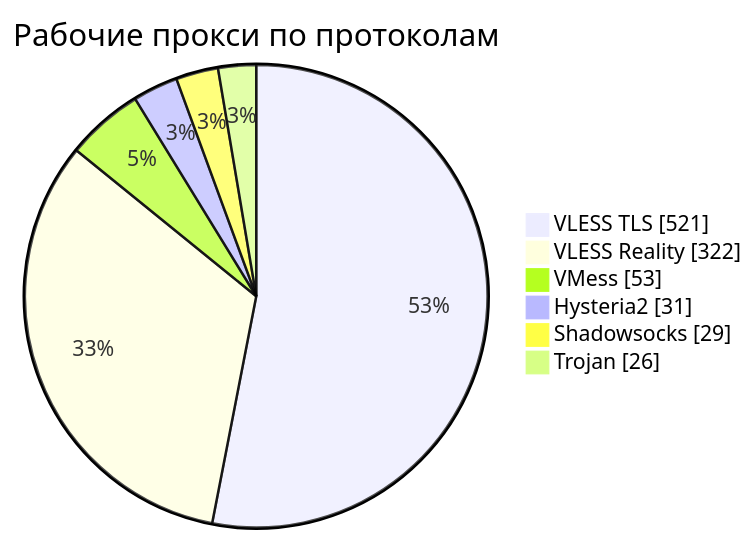
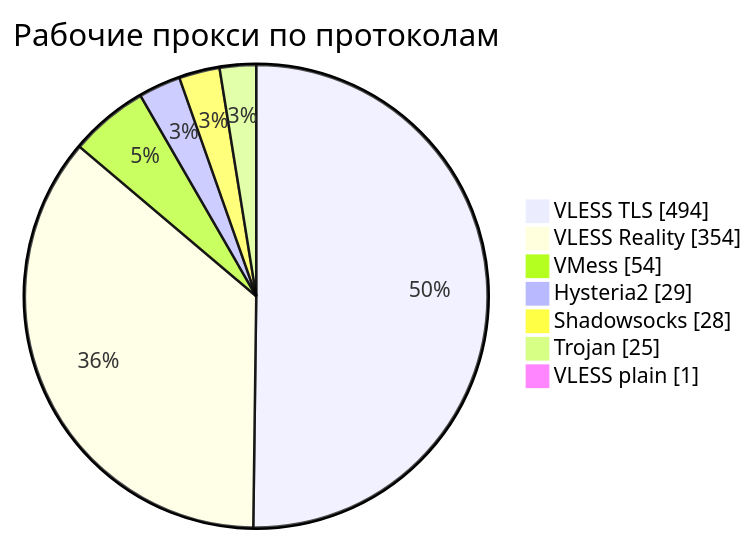
One commit to rvvg/proxy-subs changed the third of 4 diagrams in README.md. Above: the diagram before and after it, drawn with Mermaid. The commit also changed other lines of this file and 49 other files, not shown here.

````diff
--- a/README.md
+++ b/README.md
@@ -138,10 +136,11 @@
 ```mermaid
 pie showData
     title Рабочие прокси по протоколам
-    "VLESS TLS" : 521
-    "VLESS Reality" : 322
-    "VMess" : 53
-    "Hysteria2" : 31
-    "Shadowsocks" : 29
-    "Trojan" : 26
+    "VLESS TLS" : 494
+    "VLESS Reality" : 354
+    "VMess" : 54
+    "Hysteria2" : 29
+    "Shadowsocks" : 28
+    "Trojan" : 25
+    "VLESS plain" : 1
 ```
````
